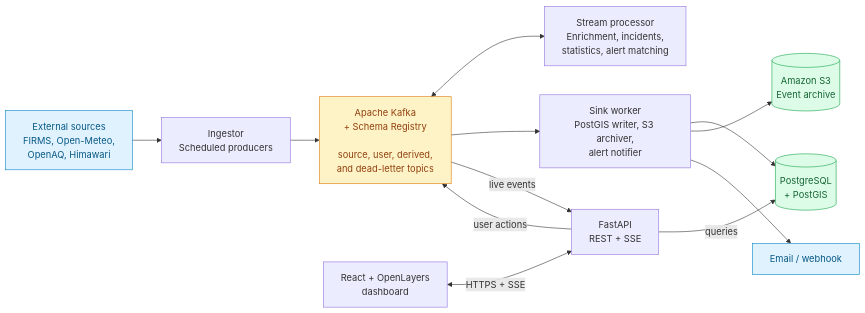
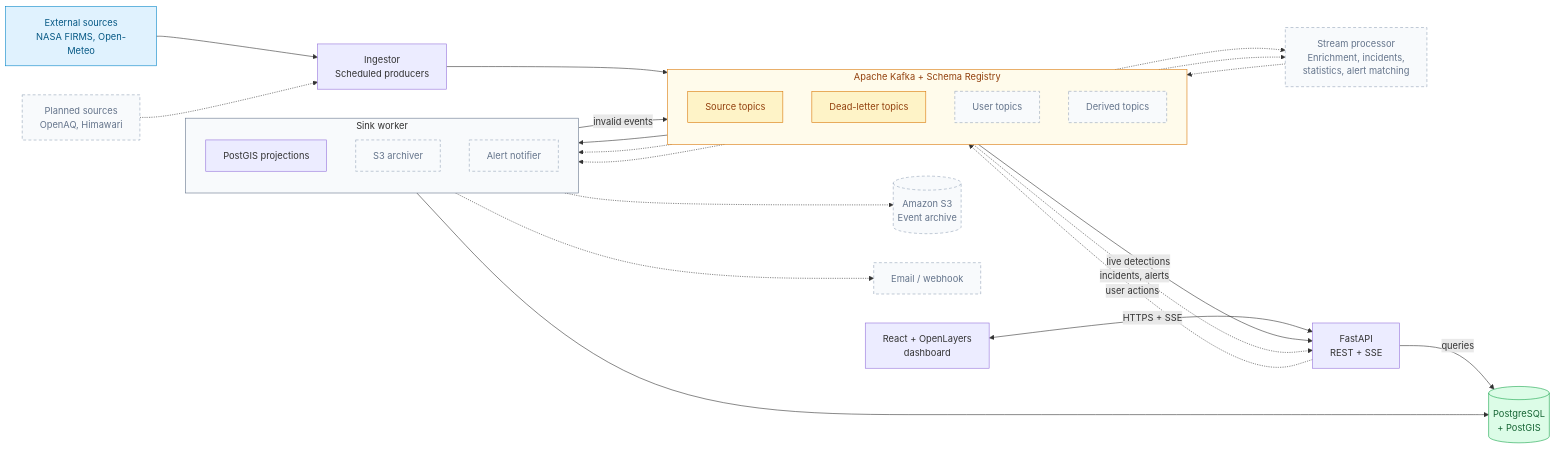
One commit to marcparaira/wildfire-intelligence-platform changed the diagram in docs/architecture/high-level-architecture.md. Above: the diagram before and after it, drawn with Mermaid. The commit also changed other lines of this file and 18 other files, not shown here.

````diff
--- a/docs/architecture/high-level-architecture.md
+++ b/docs/architecture/high-level-architecture.md
@@ -13,36 +13,59 @@
 ```mermaid
 flowchart LR
-    SRC["External sources<br/>FIRMS, Open-Meteo,<br/>OpenAQ, Himawari"]
+    SRC["External sources<br/>NASA FIRMS, Open-Meteo"]
+    SRC_P["Planned sources<br/>OpenAQ, Himawari"]
 
     ING["Ingestor<br/>Scheduled producers"]
 
-    KAFKA["Apache Kafka<br/>+ Schema Registry<br/><br/>source, user, derived,<br/>and dead-letter topics"]
+    subgraph KAFKA["Apache Kafka + Schema Registry"]
+        direction TB
+        T_SRC["Source topics"]
+        T_DLQ["Dead-letter topics"]
+        T_USER["User topics"]
+        T_DER["Derived topics"]
+    end
 
     STREAM["Stream processor<br/>Enrichment, incidents,<br/>statistics, alert matching"]
 
-    WORKER["Sink worker<br/>PostGIS writer, S3 archiver,<br/>alert notifier"]
+    subgraph WORKER["Sink worker"]
+        direction TB
+        W_DB["PostGIS projections"]
+        W_S3["S3 archiver"]
+        W_ALERT["Alert notifier"]
+    end
 
     DB[("PostgreSQL<br/>+ PostGIS")]
     S3[("Amazon S3<br/>Event archive")]
     NOTIFY["Email / webhook"]
 
     API["FastAPI<br/>REST + SSE"]
     UI["React + OpenLayers<br/>dashboard"]
 
-    SRC --> ING --> KAFKA
-    KAFKA <--> STREAM
-    KAFKA --> WORKER
-    WORKER --> DB & S3 & NOTIFY
-    KAFKA -->|live events| API
-    API -->|user actions| KAFKA
+    SRC --> ING
+    SRC_P -.-> ING
+    ING --> T_SRC
+    T_SRC --> W_DB --> DB
+    W_DB -->|invalid events| T_DLQ
+    T_SRC -->|live detections| API
     API -->|queries| DB
     UI <-->|HTTPS + SSE| API
+
+    T_SRC & T_USER -.-> STREAM
+    STREAM -.-> T_DER
+    T_DER -.->|incidents, alerts| API
+    API -.->|user actions| T_USER
+    T_DER -.-> W_ALERT -.-> NOTIFY
+    T_SRC -.-> W_S3 -.-> S3
 
     classDef external fill:#e0f2fe,stroke:#0284c7,color:#075985
     classDef streaming fill:#fef3c7,stroke:#d97706,color:#92400e
     classDef data fill:#dcfce7,stroke:#16a34a,color:#166534
+    classDef planned fill:#f8fafc,stroke:#94a3b8,stroke-dasharray:5 4,color:#64748b
 
-    class SRC,NOTIFY external
-    class KAFKA streaming
-    class DB,S3 data
+    class SRC external
+    class T_SRC,T_DLQ streaming
+    class DB data
+    class SRC_P,T_USER,T_DER,STREAM,W_S3,W_ALERT,S3,NOTIFY planned
+    style KAFKA fill:#fffbeb,stroke:#d97706,color:#92400e
+    style WORKER fill:#f8fafc,stroke:#64748b
 ```
````
